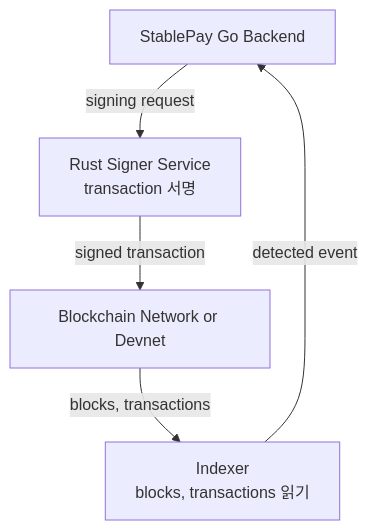
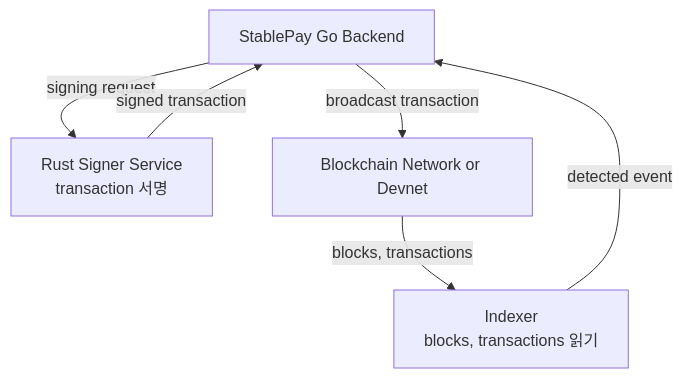
Before and after one commit to HoBaeBang/2030-korea-stablepay-network: the eighth of 9 diagrams in docs/architecture/target-architecture.md, drawn with Mermaid. The commit also changed other lines of this file and 8 other files, not shown here.

````diff
--- a/docs/architecture/target-architecture.md
+++ b/docs/architecture/target-architecture.md
@@ -249,12 +249,13 @@
 ```mermaid
 flowchart TD
     Backend["StablePay Go Backend"]
     Signer["Rust Signer Service<br/>transaction 서명"]
     Network["Blockchain Network or Devnet"]
     Indexer["Indexer<br/>blocks, transactions 읽기"]
 
     Backend -->|"signing request"| Signer
-    Signer -->|"signed transaction"| Network
+    Signer -->|"signed transaction"| Backend
+    Backend -->|"broadcast transaction"| Network
     Network -->|"blocks, transactions"| Indexer
     Indexer -->|"detected event"| Backend
 ```
````
